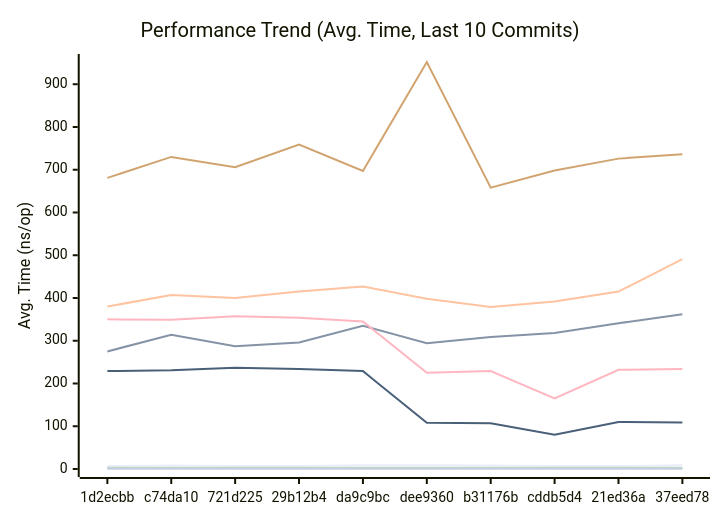
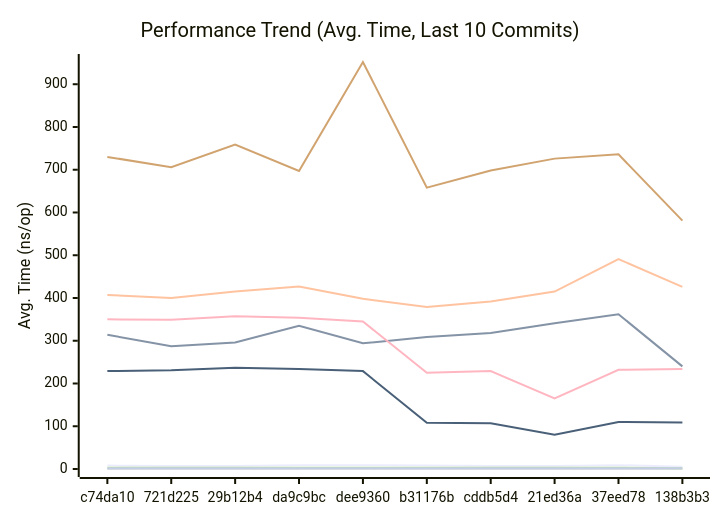
One commit to alsotoes/momo changed the first of 3 diagrams in docs/PERFORMANCE.md. Above: the diagram before and after it, drawn with Mermaid. The commit also changed other lines of this file and 632 other files, not shown here.

````diff
--- a/docs/PERFORMANCE.md
+++ b/docs/PERFORMANCE.md
@@ -80,16 +80,16 @@
 ```mermaid
 xychart-beta
     title "Performance Trend (Avg. Time, Last 10 Commits)"
     x-axis "Commit"
     y-axis "Avg. Time (ns/op)"
-    x-axis [1d2ecbb,c74da10,721d225,29b12b4,da9c9bc,dee9360,b31176b,cddb5d4,21ed36a,37eed78]
-    line "CheckMetricsAndSwap" [7,8,7,7,9,9,8,7,7,9]
-    line "CrushOptimized" [275,314,287,296,335,294,309,318,341,362]
-    line "CrushOriginal" [380,407,400,415,427,398,379,392,415,491]
+    x-axis [c74da10,721d225,29b12b4,da9c9bc,dee9360,b31176b,cddb5d4,21ed36a,37eed78,138b3b3]
+    line "CheckMetricsAndSwap" [8,7,7,9,9,8,7,7,9,5]
+    line "CrushOptimized" [314,287,296,335,294,309,318,341,362,240]
+    line "CrushOriginal" [407,400,415,427,398,379,392,415,491,426]
     line "IndexDirectTracking" [0,0,0,0,0,0,0,0,0,0]
-    line "IndexSearch" [3,3,3,3,3,3,3,3,3,3]
-    line "LoadGlobalConfig" [681,730,706,759,697,952,658,698,726,736]
+    line "IndexSearch" [3,3,3,3,3,3,3,3,3,2]
+    line "LoadGlobalConfig" [730,706,759,697,952,658,698,726,736,581]
     line "PadString" [2,2,2,2,2,2,2,2,2,2]
     line "ParseReplicationOrder_NoPrealloc" [350,349,357,354,345,225,229,165,232,234]
     line "ParseReplicationOrder_Prealloc" [229,231,237,234,229,108,107,80,110,109]
 ```
````
